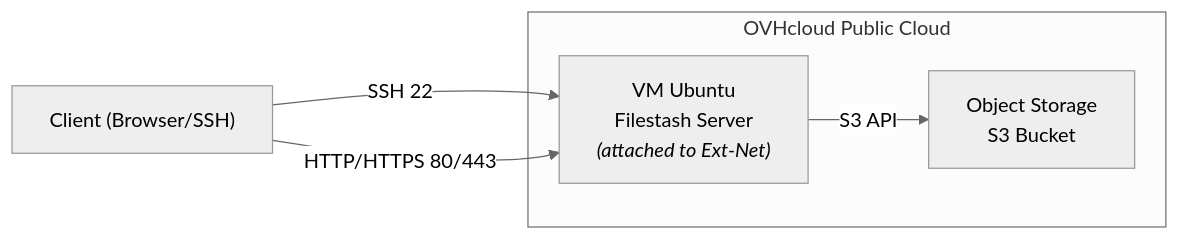
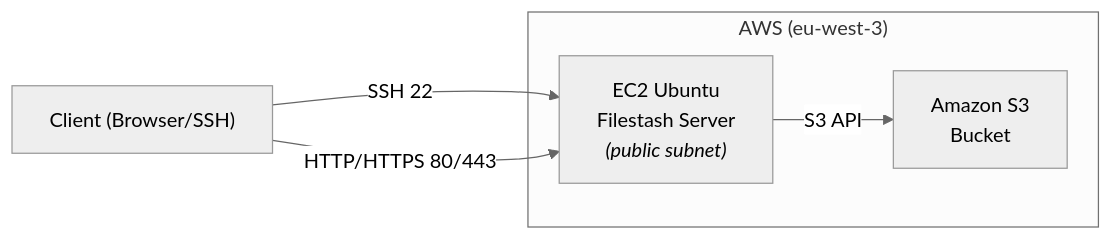
One commit to gsiegwald/stashcloud changed the diagram in README.md. Above: the diagram before and after it, drawn with Mermaid (neutral theme). The commit also changed other lines of this file and 4 other files, not shown here.

````diff
--- a/README.md
+++ b/README.md
@@ -16,13 +17,13 @@
 ```mermaid
 graph LR
   %% -------- Infrastructure --------
-  subgraph "OVHcloud Public Cloud"
-    VM["VM Ubuntu<br/>Filestash Server<br/><i>(attached to Ext-Net)</i>"]
-    storage["Object Storage<br/>S3 Bucket"]
+  subgraph "AWS (eu-west-3)"
+    EC2["EC2 Ubuntu<br/>Filestash Server<br/><i>(public subnet)</i>"]
+    S3["Amazon&nbsp;S3<br/>Bucket"]
   end
 
-  %% -------- Flux --------
-  UserPC["Client (Browser/SSH)"] -->|SSH 22| VM
-  UserPC -->|HTTP/HTTPS 80/443| VM
-  VM -->|S3 API| storage
+  %% -------- Flow --------
+  UserPC["Client (Browser/SSH)"] -->|SSH&nbsp;22| EC2
+  UserPC -->|HTTP/HTTPS&nbsp;80/443| EC2
+  EC2 -->|S3&nbsp;API| S3
 ```
````
